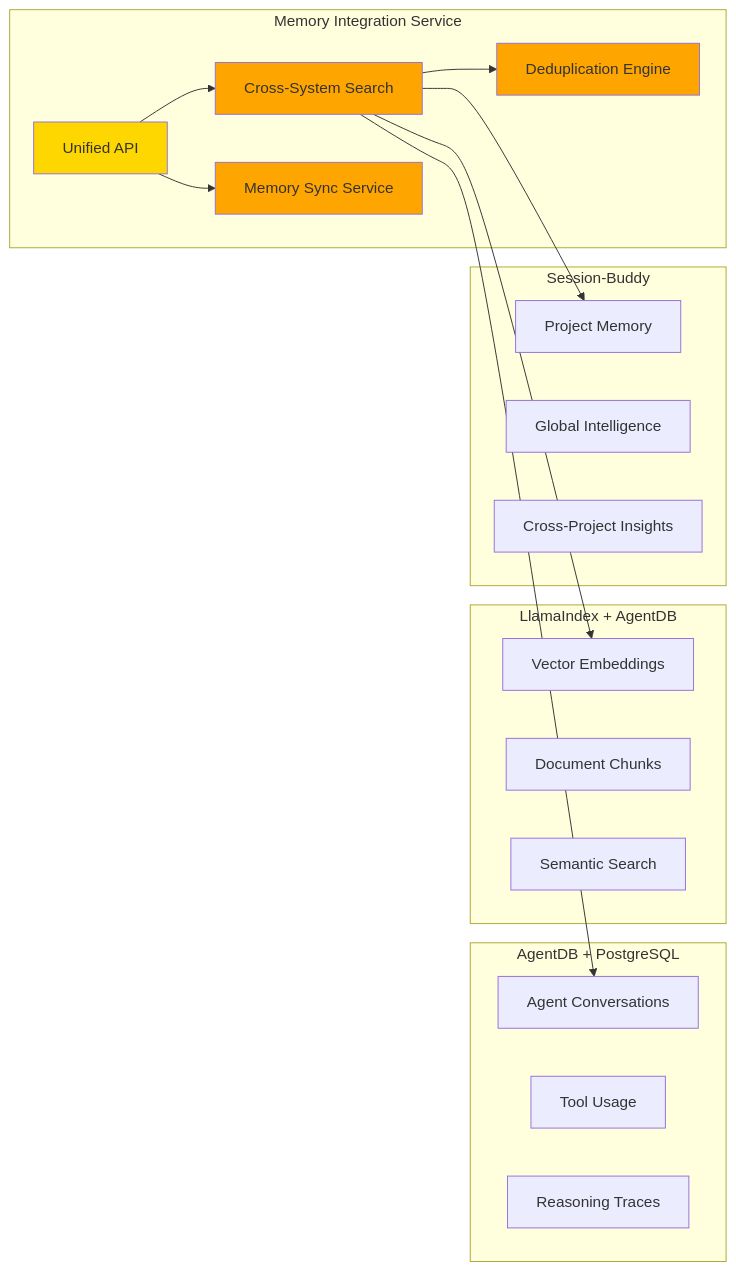
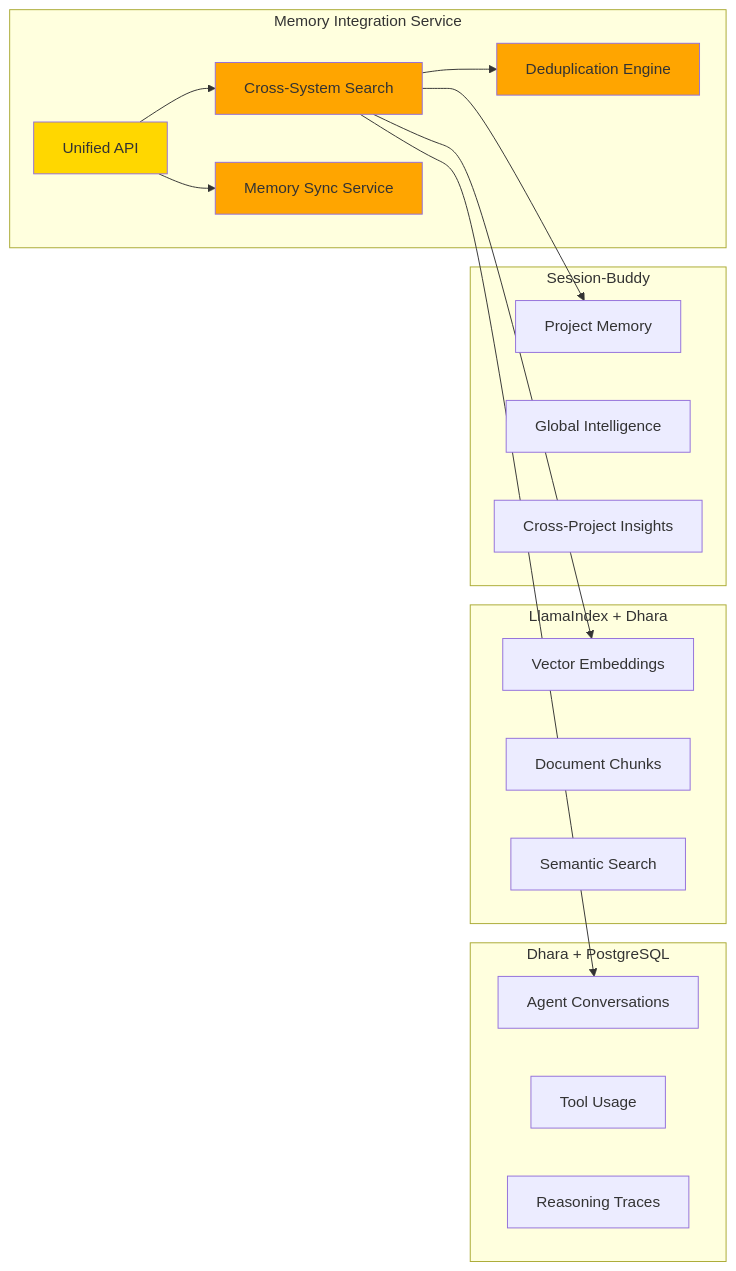
One commit to lesleslie/mahavishnu changed the second of 3 diagrams in docs/adr/005-memory-architecture.md. Above: the diagram before and after it, drawn with Mermaid. The commit also changed other lines of this file, not shown here.

Commit message:
fix(mahavishnu): replace AgentDB/Ollama with Dhara/FastEmbed in ADR-005

````diff
--- a/docs/adr/005-memory-architecture.md
+++ b/docs/adr/005-memory-architecture.md
@@ -159,34 +159,34 @@
 ```mermaid
 graph LR
     subgraph "Memory Integration Service"
         API[Unified API]
         SEARCH[Cross-System Search]
         SYNC[Memory Sync Service]
         DEDUP[Deduplication Engine]
     end
-    subgraph "AgentDB + PostgreSQL"
+    subgraph "Dhara + PostgreSQL"
         AGENT1[Agent Conversations]
         AGENT2[Tool Usage]
         AGENT3[Reasoning Traces]
     end
-    subgraph "LlamaIndex + AgentDB"
+    subgraph "LlamaIndex + Dhara"
         RAG1[Vector Embeddings]
         RAG2[Document Chunks]
         RAG3[Semantic Search]
     end
     subgraph "Session-Buddy"
         BUDDY1[Project Memory]
         BUDDY2[Global Intelligence]
         BUDDY3[Cross-Project Insights]
     end
     API --> SEARCH
     API --> SYNC
     SEARCH --> DEDUP
     SEARCH --> AGENT1
     SEARCH --> RAG1
     SEARCH --> BUDDY1
     style API fill:#FFD700
     style SEARCH fill:#FFA500
     style SYNC fill:#FFA500
     style DEDUP fill:#FFA500
 ```
````
